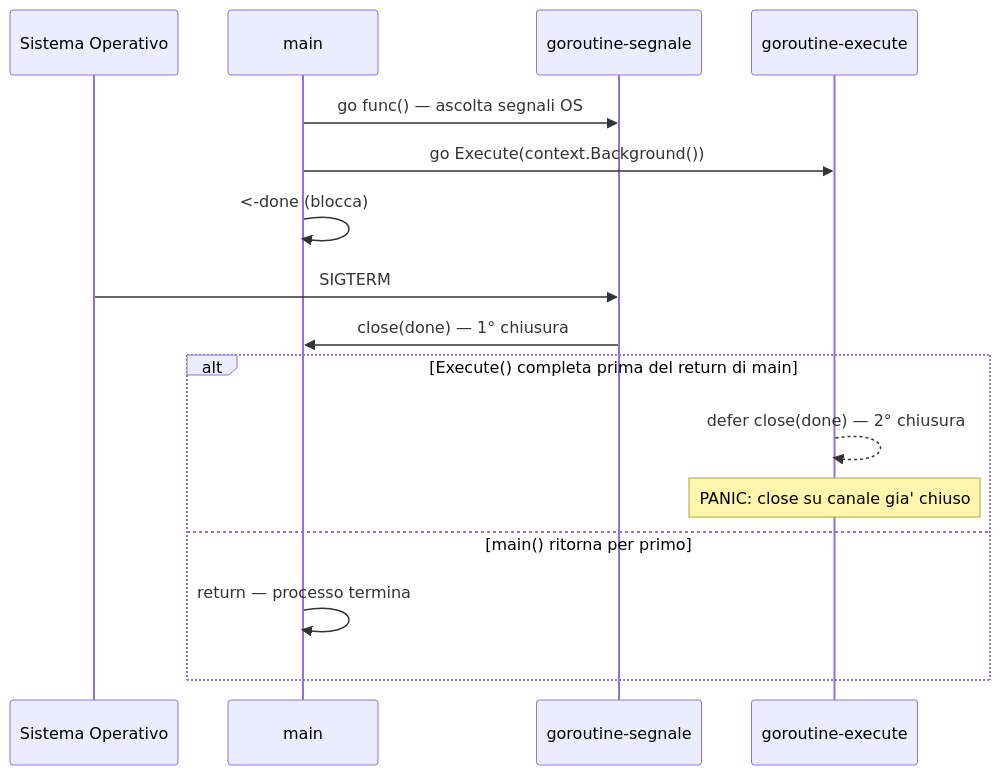
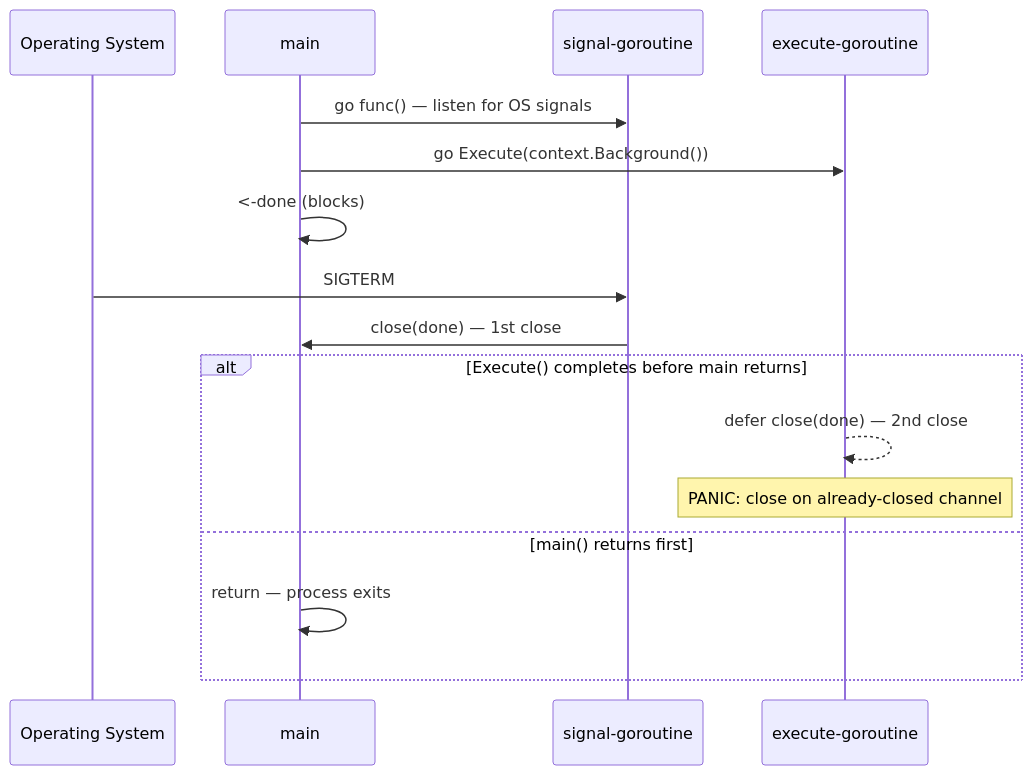
One commit to codeskine/gitlab-workflow changed the first of 3 diagrams in gitlab-issue/references/mermaid-diagrams.md. Above: the diagram before and after it, drawn with Mermaid. The commit also changed other lines of this file and 9 other files, not shown here.

First line of the commit message:
fix(reference): translate mermaid-diagrams.md to English, remove hardcoded Italian label rule (#5)

````diff
--- a/gitlab-issue/references/mermaid-diagrams.md
+++ b/gitlab-issue/references/mermaid-diagrams.md
@@ -31,21 +31,21 @@
 ```mermaid
 sequenceDiagram
-    participant OS as Sistema Operativo
+    participant OS as Operating System
     participant M as main
-    participant GS as goroutine-segnale
-    participant GE as goroutine-execute
+    participant GS as signal-goroutine
+    participant GE as execute-goroutine
 
-    M->>GS: go func() — ascolta segnali OS
+    M->>GS: go func() — listen for OS signals
     M->>GE: go Execute(context.Background())
-    M->>M: <-done (blocca)
+    M->>M: <-done (blocks)
 
     OS->>GS: SIGTERM
-    GS->>M: close(done) — 1° chiusura
+    GS->>M: close(done) — 1st close
 
-    alt Execute() completa prima del return di main
-        GE-->>GE: defer close(done) — 2° chiusura
-        Note over GE: PANIC: close su canale gia' chiuso
-    else main() ritorna per primo
-        M->>M: return — processo termina
+    alt Execute() completes before main returns
+        GE-->>GE: defer close(done) — 2nd close
+        Note over GE: PANIC: close on already-closed channel
+    else main() returns first
+        M->>M: return — process exits
     end
 ```
````
